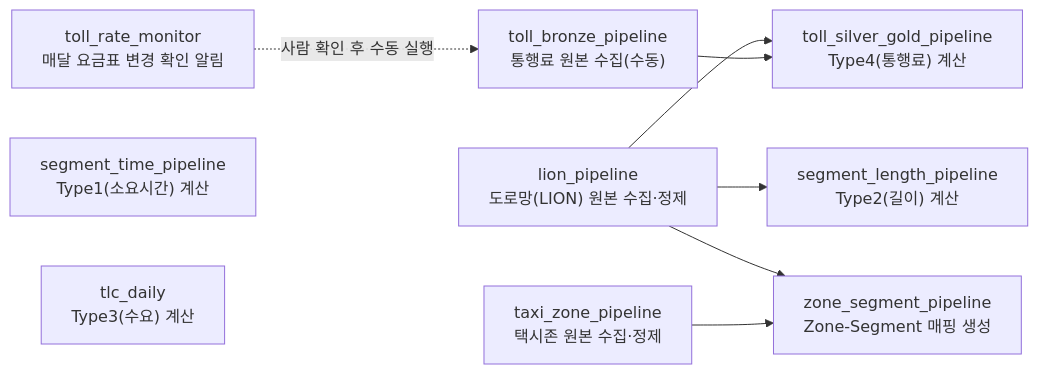
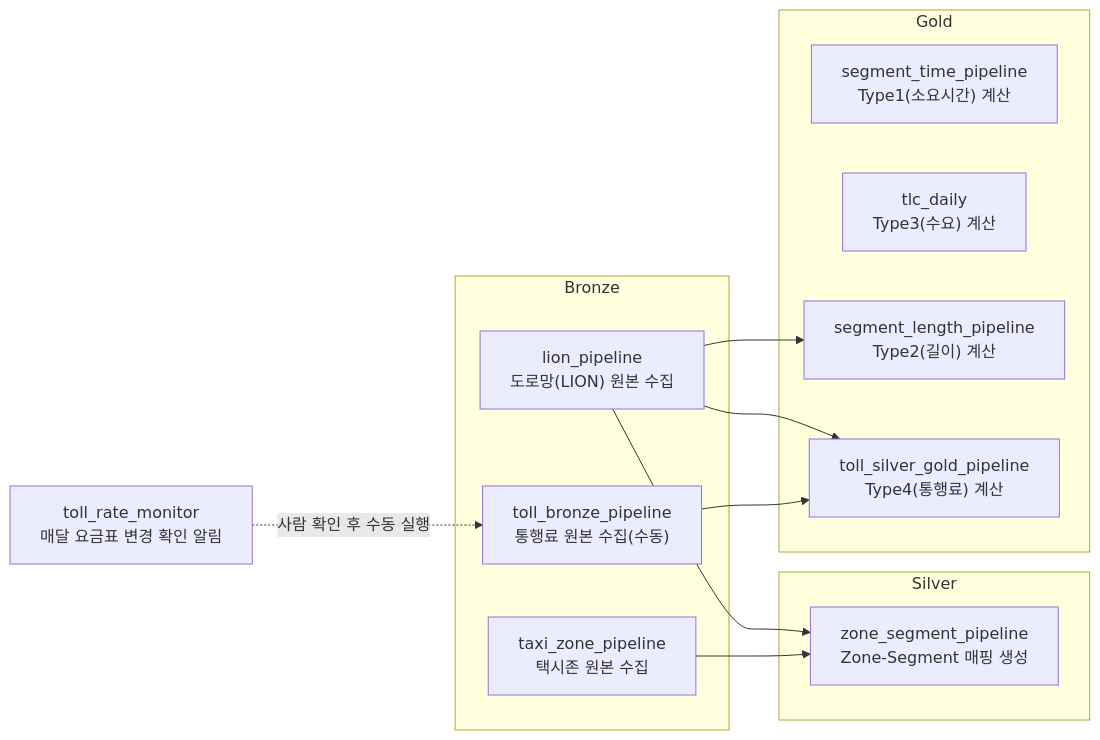
The diagram in README.md (everyday6/api_project), drawn with Mermaid before and after one commit.

Commit message:
docs: Airflow DAG 다이어그램을 Bronze-Silver-Gold 레인으로 재구성

````diff
--- a/README.md
+++ b/README.md
@@ -160,19 +160,28 @@
 ```mermaid
 graph LR
-    lion["lion_pipeline<br/>도로망(LION) 원본 수집·정제"]
-    zone["taxi_zone_pipeline<br/>택시존 원본 수집·정제"]
-    tollb["toll_bronze_pipeline<br/>통행료 원본 수집(수동)"]
+    subgraph Bronze
+        lion["lion_pipeline<br/>도로망(LION) 원본 수집"]
+        zone["taxi_zone_pipeline<br/>택시존 원본 수집"]
+        tollb["toll_bronze_pipeline<br/>통행료 원본 수집(수동)"]
+    end
+
+    subgraph Silver
+        zs["zone_segment_pipeline<br/>Zone-Segment 매핑 생성"]
+    end
+
+    subgraph Gold
+        t1["segment_time_pipeline<br/>Type1(소요시간) 계산"]
+        t3["tlc_daily<br/>Type3(수요) 계산"]
+        t2["segment_length_pipeline<br/>Type2(길이) 계산"]
+        t4["toll_silver_gold_pipeline<br/>Type4(통행료) 계산"]
+    end
+
     tollmon["toll_rate_monitor<br/>매달 요금표 변경 확인 알림"]
-    t1["segment_time_pipeline<br/>Type1(소요시간) 계산"]
-    t3["tlc_daily<br/>Type3(수요) 계산"]
-    t2["segment_length_pipeline<br/>Type2(길이) 계산"]
-    zs["zone_segment_pipeline<br/>Zone-Segment 매핑 생성"]
-    t4["toll_silver_gold_pipeline<br/>Type4(통행료) 계산"]
 
-    lion --> t2
     lion --> zs
     zone --> zs
+    lion --> t2
     lion --> t4
     tollb --> t4
     tollmon -.->|사람 확인 후 수동 실행| tollb
 ```
````
